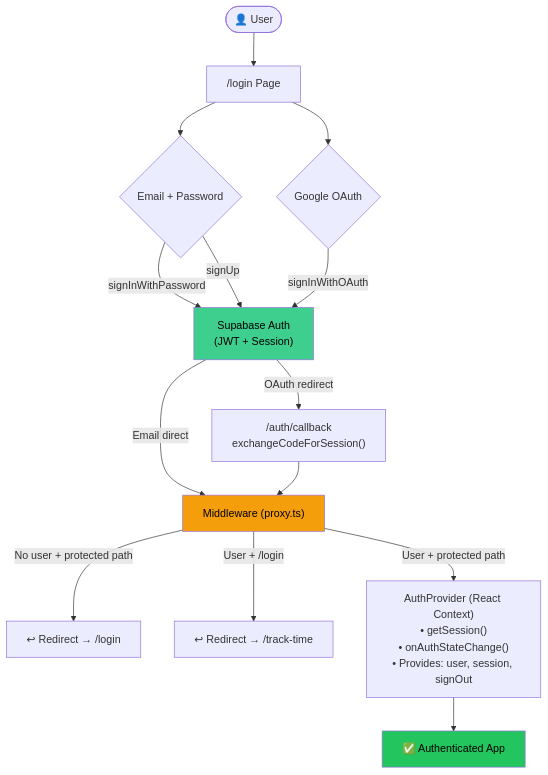
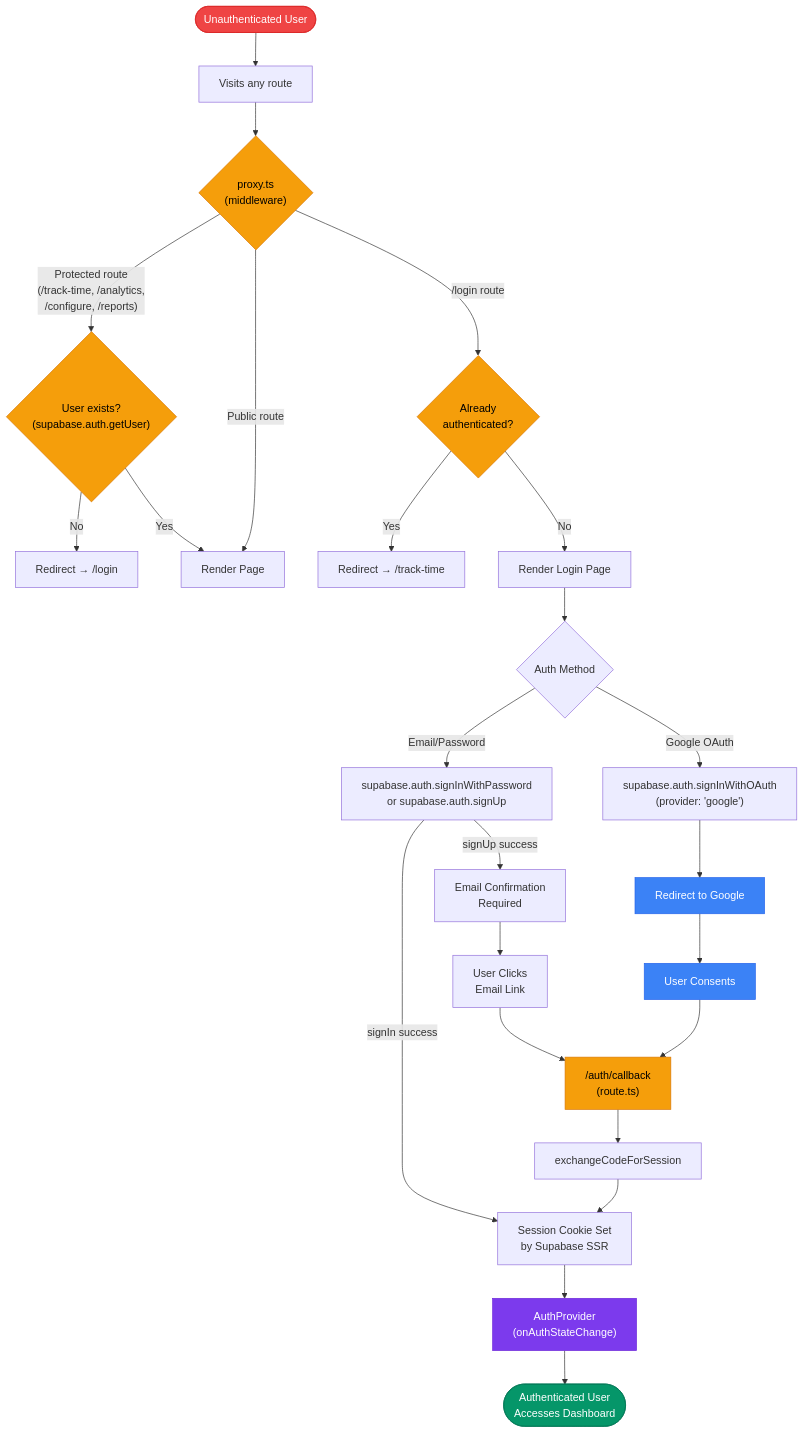
Before and after one commit to dipanjandey/Personal-Time-and-Habit-tracking-App: the second of 7 diagrams in ARCHITECTURE.md, drawn with Mermaid. The commit also changed other lines of this file and 24 other files, not shown here.

````diff
--- a/ARCHITECTURE.md
+++ b/ARCHITECTURE.md
@@ -120,27 +127,45 @@
 ```mermaid
 flowchart TD
-    User([👤 User]) --> LoginPage["/login Page"]
+    Start(["Unauthenticated User"]) --> Visit["Visits any route"]
+    
+    Visit --> Proxy{"proxy.ts<br/>(middleware)"}
+    
+    Proxy -->|"Protected route<br/>(/track-time, /analytics,<br/>/configure, /reports)"| CheckAuth{"User exists?<br/>(supabase.auth.getUser)"}
+    Proxy -->|"Public route"| RenderPage["Render Page"]
+    
+    CheckAuth -->|"No"| RedirectLogin["Redirect → /login"]
+    CheckAuth -->|"Yes"| RenderPage
 
-    LoginPage --> EmailAuth{"Email + Password"}
-    LoginPage --> GoogleAuth{"Google OAuth"}
+    Proxy -->|"/login route"| CheckAlreadyAuth{"Already<br/>authenticated?"}
+    CheckAlreadyAuth -->|"Yes"| RedirectDashboard["Redirect → /track-time"]
+    CheckAlreadyAuth -->|"No"| LoginPage["Render Login Page"]
 
-    EmailAuth -->|signInWithPassword| SupaAuth["Supabase Auth<br/>(JWT + Session)"]
-    EmailAuth -->|signUp| SupaAuth
-    GoogleAuth -->|signInWithOAuth| SupaAuth
+    LoginPage --> AuthMethod{"Auth Method"}
 
-    SupaAuth -->|"OAuth redirect"| Callback["/auth/callback<br/>exchangeCodeForSession()"]
-    SupaAuth -->|"Email direct"| Middleware
+    AuthMethod -->|"Email/Password"| EmailAuth["supabase.auth.signInWithPassword<br/>or supabase.auth.signUp"]
+    AuthMethod -->|"Google OAuth"| GoogleAuth["supabase.auth.signInWithOAuth<br/>(provider: 'google')"]
 
-    Callback --> Middleware["Middleware (proxy.ts)"]
+    EmailAuth -->|"signIn success"| SetSession["Session Cookie Set<br/>by Supabase SSR"]
+    EmailAuth -->|"signUp success"| ConfirmEmail["Email Confirmation<br/>Required"]
+    GoogleAuth --> GoogleRedirect["Redirect to Google"]
+    GoogleRedirect --> GoogleConsent["User Consents"]
+    GoogleConsent --> CallbackRoute["/auth/callback<br/>(route.ts)"]
+    CallbackRoute --> ExchangeCode["exchangeCodeForSession"]
+    ExchangeCode --> SetSession
 
-    Middleware -->|"No user + protected path"| RedirectLogin["↩ Redirect → /login"]
-    Middleware -->|"User + /login"| RedirectDash["↩ Redirect → /track-time"]
-    Middleware -->|"User + protected path"| AuthProvider
+    SetSession --> AuthState["AuthProvider<br/>(onAuthStateChange)"]
+    AuthState --> Authenticated(["Authenticated User<br/>Accesses Dashboard"])
 
-    AuthProvider["AuthProvider (React Context)<br/>• getSession()<br/>• onAuthStateChange()<br/>• Provides: user, session, signOut"]
-    AuthProvider --> App["✅ Authenticated App"]
+    ConfirmEmail --> ClickLink["User Clicks<br/>Email Link"]
+    ClickLink --> CallbackRoute
 
-    style SupaAuth fill:#3ecf8e,color:#000
-    style Middleware fill:#f59e0b,color:#000
-    style App fill:#22c55e,color:#000
+    style Start fill:#ef4444,stroke:#dc2626,color:#fff
+    style Authenticated fill:#059669,stroke:#047857,color:#fff
+    style Proxy fill:#f59e0b,stroke:#d97706,color:#000
+    style CheckAuth fill:#f59e0b,stroke:#d97706,color:#000
+    style CheckAlreadyAuth fill:#f59e0b,stroke:#d97706,color:#000
+    style CallbackRoute fill:#f59e0b,stroke:#d97706,color:#000
+    style AuthState fill:#7c3aed,stroke:#6d28d9,color:#fff
+    style GoogleRedirect fill:#3b82f6,stroke:#2563eb,color:#fff
+    style GoogleConsent fill:#3b82f6,stroke:#2563eb,color:#fff
 ```
````
